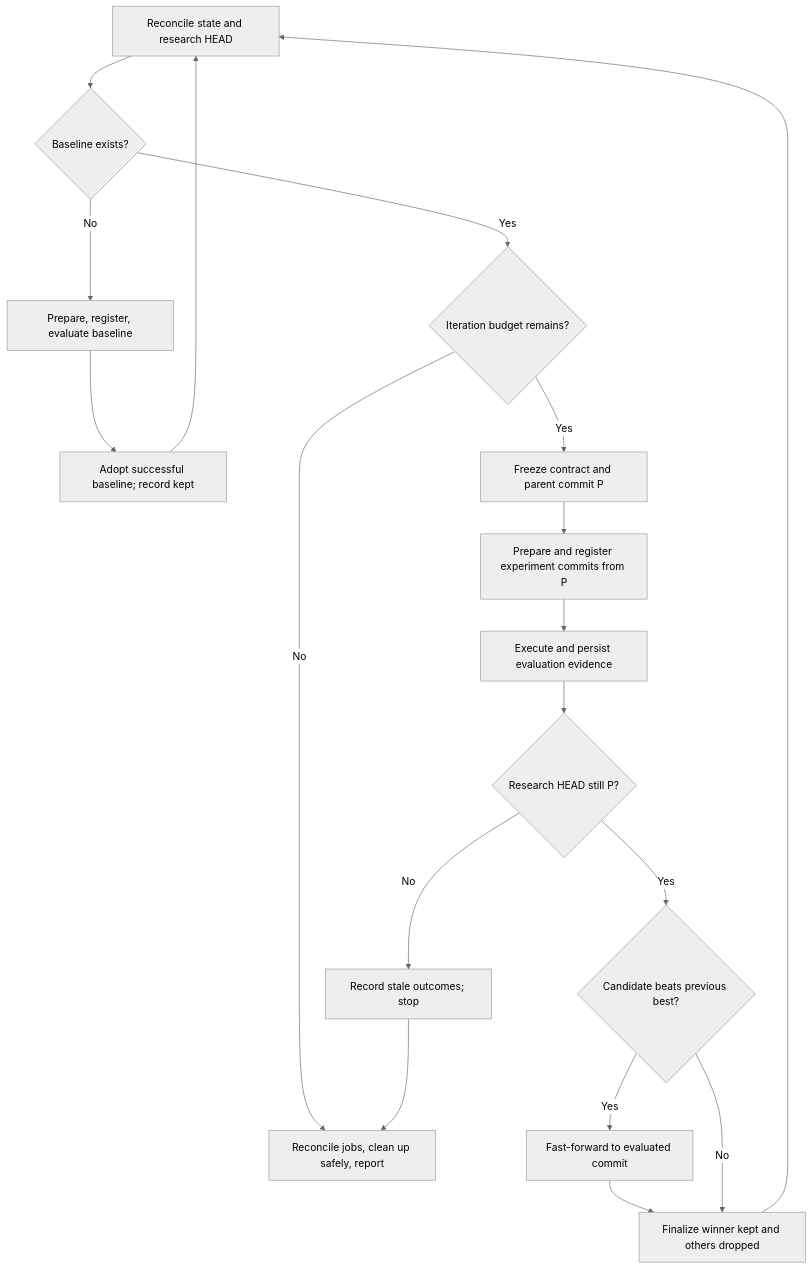
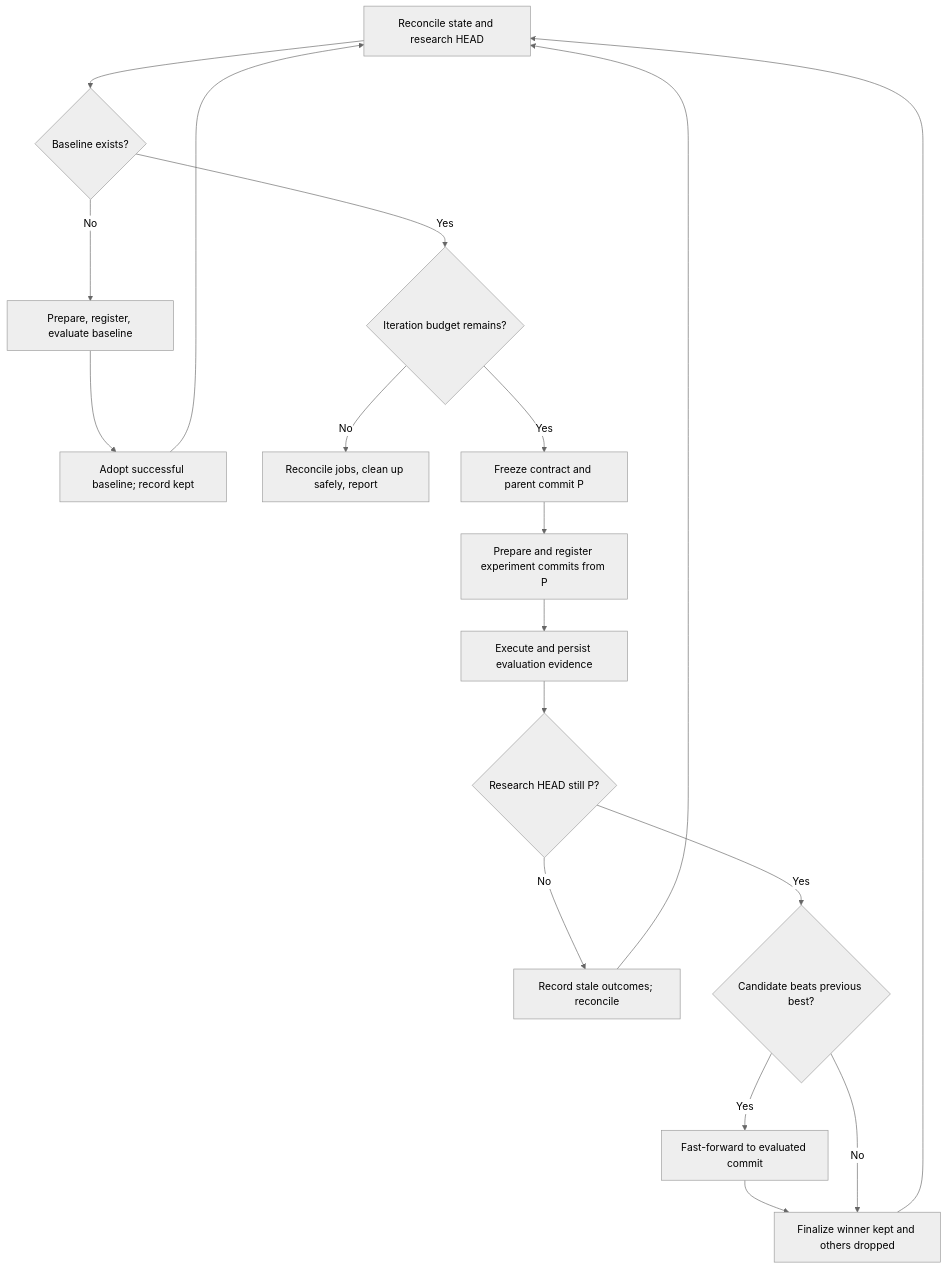
The diagram in skills/autoresearch/docs/experiment_loop.md (xiahouzuoxin/bunny), drawn with Mermaid (neutral theme) before and after one commit. The commit also changed other lines of this file and 6 other files, not shown here.

````diff
--- a/skills/autoresearch/docs/experiment_loop.md
+++ b/skills/autoresearch/docs/experiment_loop.md
@@ -5,20 +5,20 @@
 ```mermaid
 flowchart TD
     R[Reconcile state and research HEAD] --> B{Baseline exists?}
     B -- No --> BL[Prepare, register, evaluate baseline]
     BL --> BK[Adopt successful baseline; record kept]
     BK --> R
     B -- Yes --> L{Iteration budget remains?}
     L -- No --> E[Reconcile jobs, clean up safely, report]
     L -- Yes --> P[Freeze contract and parent commit P]
     P --> W[Prepare and register experiment commits from P]
     W --> T[Execute and persist evaluation evidence]
     T --> H{Research HEAD still P?}
-    H -- No --> S[Record stale outcomes; stop]
-    S --> E
+    H -- No --> S[Record stale outcomes; reconcile]
+    S --> R
     H -- Yes --> K{Candidate beats previous best?}
     K -- Yes --> FF[Fast-forward to evaluated commit]
     FF --> D[Finalize winner kept and others dropped]
     K -- No --> D
     D --> R
 ```
````
